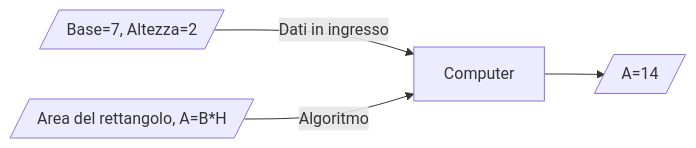
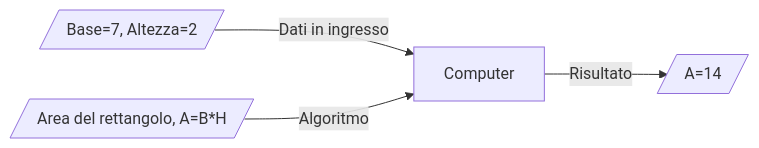
The second of 10 diagrams in pages/lezione_01.md (gdegani/its-programmazione), drawn with Mermaid before and after one commit. The commit also changed other lines of this file and 2 other files, not shown here.

````diff
--- a/pages/lezione_01.md
+++ b/pages/lezione_01.md
@@ -195,6 +210,6 @@
 ```mermaid {scale: 0.9, alt: 'A diagram'}
 flowchart LR
   A[/Base=7, Altezza=2/] -- Dati in ingresso --> B[Computer]
   C[/Area del rettangolo, A=B*H/] -- Algoritmo --> B
-  B --> D[/A=14/]
+  B -- Risultato --> D[/A=14/]
 ```
````
